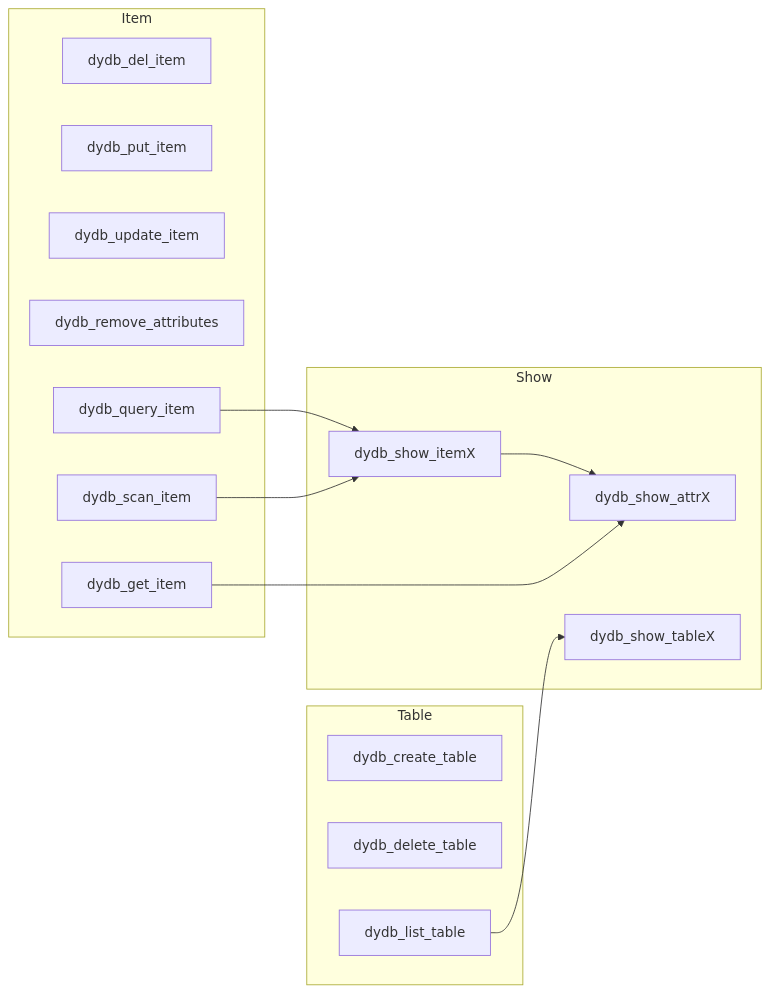
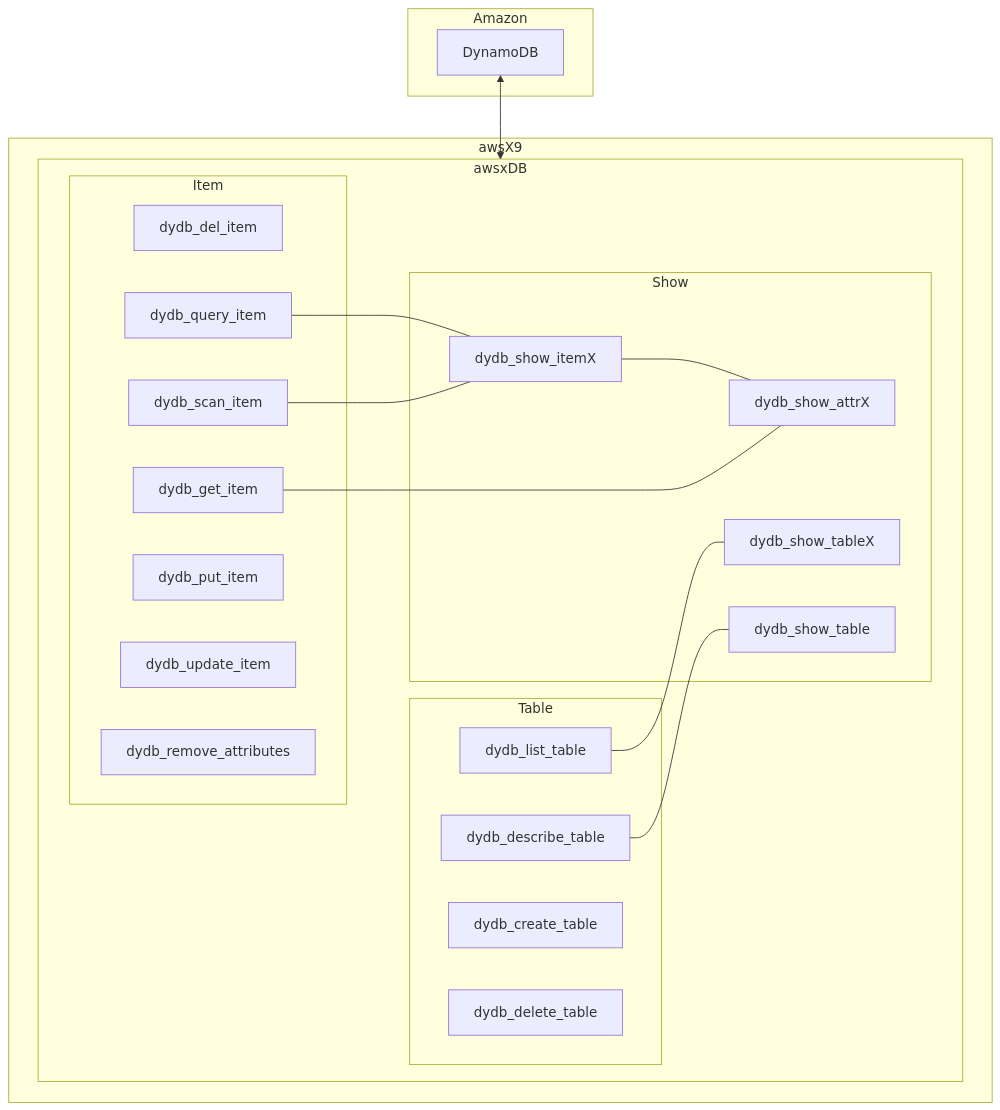
The diagram in README.md (lankahsu520/awsX9), drawn with Mermaid before and after one commit. The commit also changed other lines of this file and 3 other files, not shown here.

Commit message:
update void dydb_show_table(const Aws::DynamoDB::Model::TableDescription tableDesc)

````diff
--- a/README.md
+++ b/README.md
@@ -6,24 +6,35 @@
 ```mermaid
-flowchart LR
-	subgraph Show
-		dydb_show_attrX
-		dydb_show_itemX --> dydb_show_attrX
-		dydb_show_tableX
-	end
-	subgraph Table
-    	dydb_create_table
-		dydb_delete_table
-		dydb_list_table --> dydb_show_tableX
+flowchart TD
+	subgraph Amazon
+		DynamoDB
 	end
 
-	subgraph Item
-		dydb_del_item
-		dydb_put_item
-		dydb_update_item
-		dydb_remove_attributes
+	DynamoDB <--> awsxDB
+	subgraph awsX9
+		subgraph awsxDB
+			subgraph Show
+				dydb_show_attrX
+				dydb_show_itemX --- dydb_show_attrX
+				dydb_show_tableX
+				dydb_show_table
+			end
+			subgraph Table
+				dydb_create_table
+				dydb_delete_table
+				dydb_list_table --- dydb_show_tableX
+				dydb_describe_table --- dydb_show_table
+			end
 
-		dydb_get_item --> dydb_show_attrX
-		dydb_query_item --> dydb_show_itemX
-		dydb_scan_item --> dydb_show_itemX
+			subgraph Item
+				dydb_del_item
+				dydb_put_item
+				dydb_update_item
+				dydb_remove_attributes
+
+				dydb_get_item --- dydb_show_attrX
+				dydb_query_item --- dydb_show_itemX
+				dydb_scan_item --- dydb_show_itemX
+			end
+		end
 	end
 ```
````
